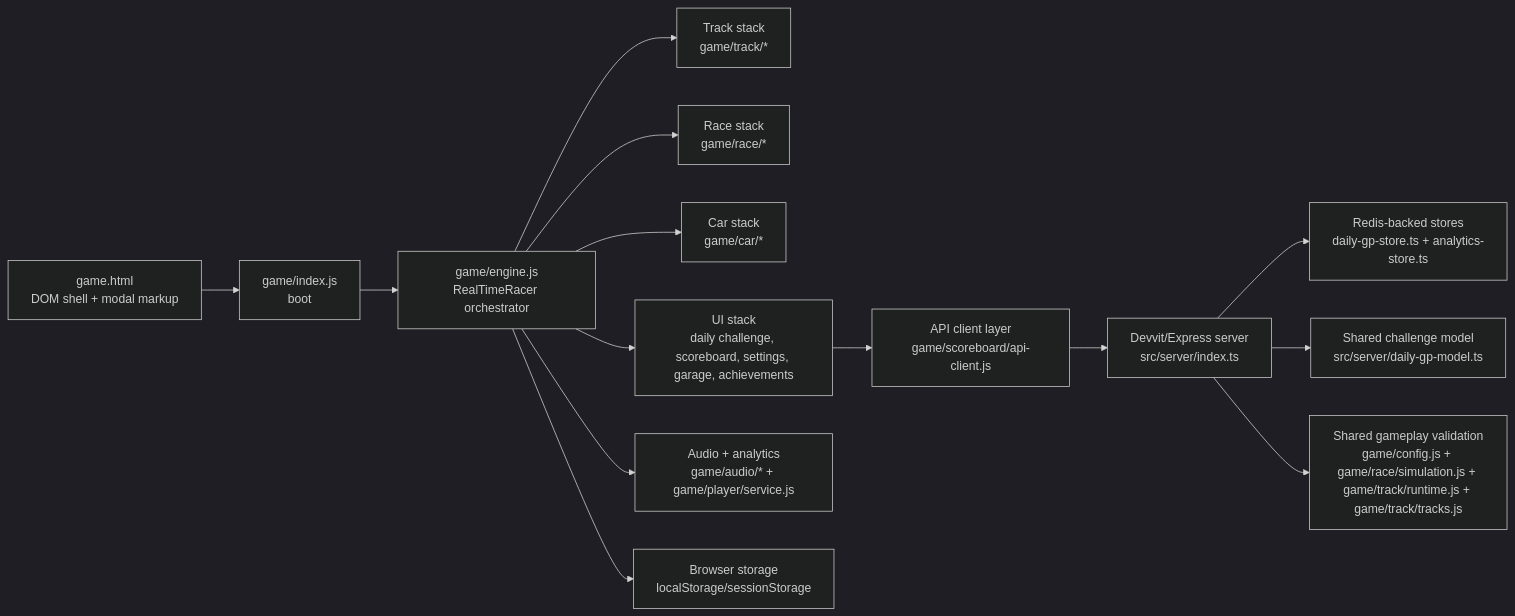
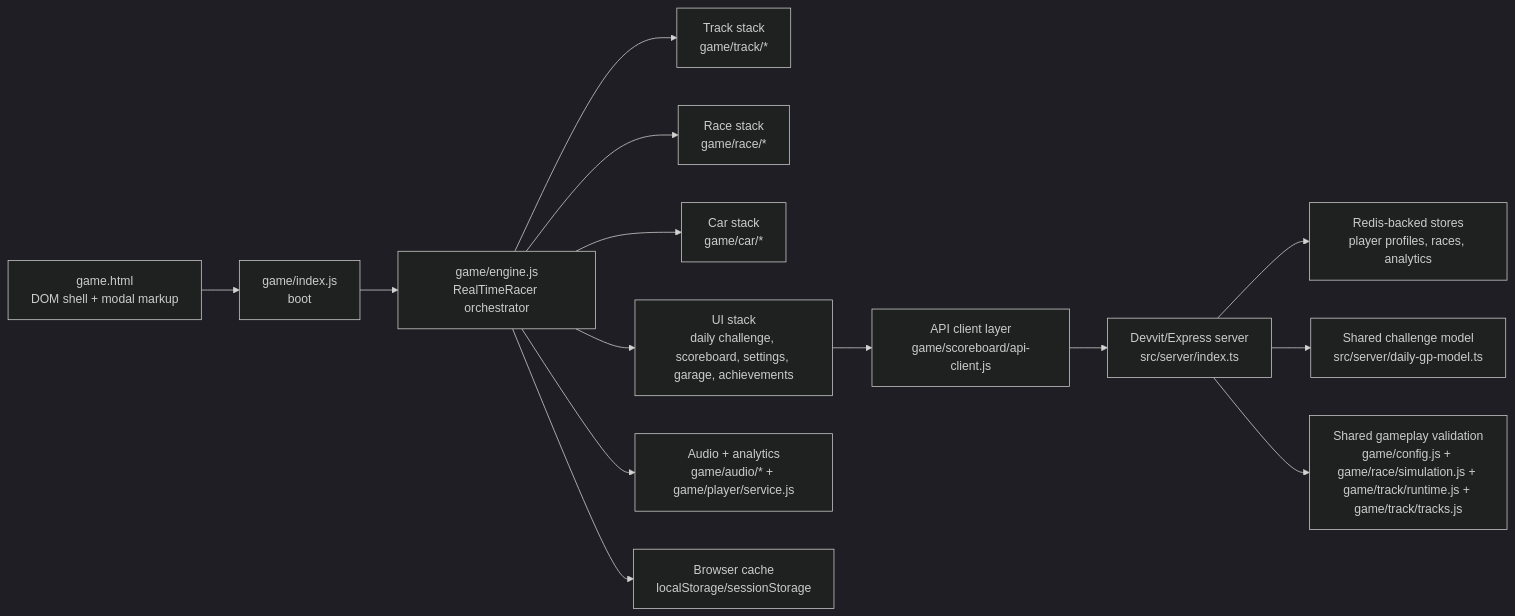
Before and after one commit to shimrut/mini-racer: the diagram in docs/system-change-map.md, drawn with Mermaid (dark theme). The commit also changed other lines of this file and 68 other files, not shown here.

````diff
--- a/docs/system-change-map.md
+++ b/docs/system-change-map.md
@@ -20,19 +20,19 @@
 ```mermaid
 flowchart LR
     A["game.html<br/>DOM shell + modal markup"] --> B["game/index.js<br/>boot"]
     B --> C["game/engine.js<br/>RealTimeRacer orchestrator"]
 
     C --> D["Track stack<br/>game/track/*"]
     C --> E["Race stack<br/>game/race/*"]
     C --> F["Car stack<br/>game/car/*"]
     C --> G["UI stack<br/>daily challenge, scoreboard, settings, garage, achievements"]
     C --> H["Audio + analytics<br/>game/audio/* + game/player/service.js"]
-    C --> I["Browser storage<br/>localStorage/sessionStorage"]
+    C --> I["Browser cache<br/>localStorage/sessionStorage"]
 
     G --> J["API client layer<br/>game/scoreboard/api-client.js"]
     J --> K["Devvit/Express server<br/>src/server/index.ts"]
-    K --> L["Redis-backed stores<br/>daily-gp-store.ts + analytics-store.ts"]
+    K --> L["Redis-backed stores<br/>player profiles, races, analytics"]
 
     K --> M["Shared challenge model<br/>src/server/daily-gp-model.ts"]
     K --> N["Shared gameplay validation<br/>game/config.js + game/race/simulation.js + game/track/runtime.js + game/track/tracks.js"]
 ```
````
